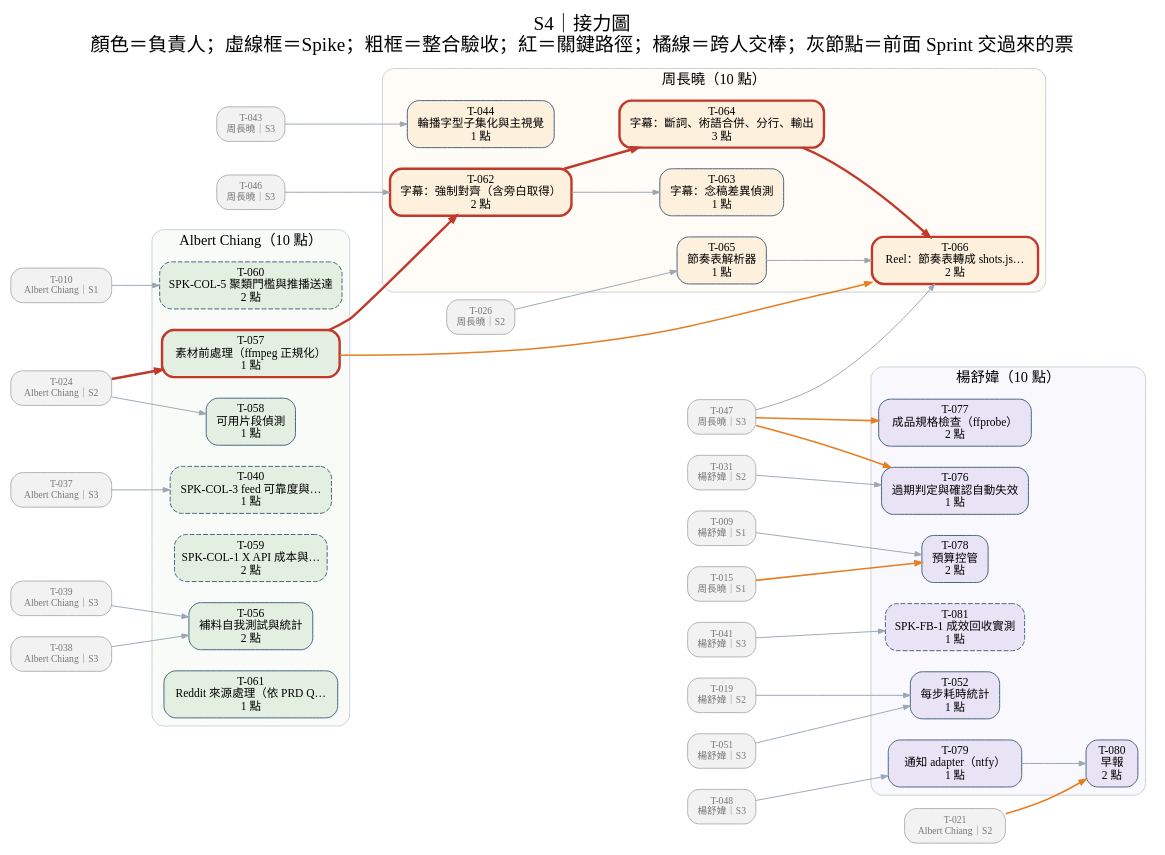
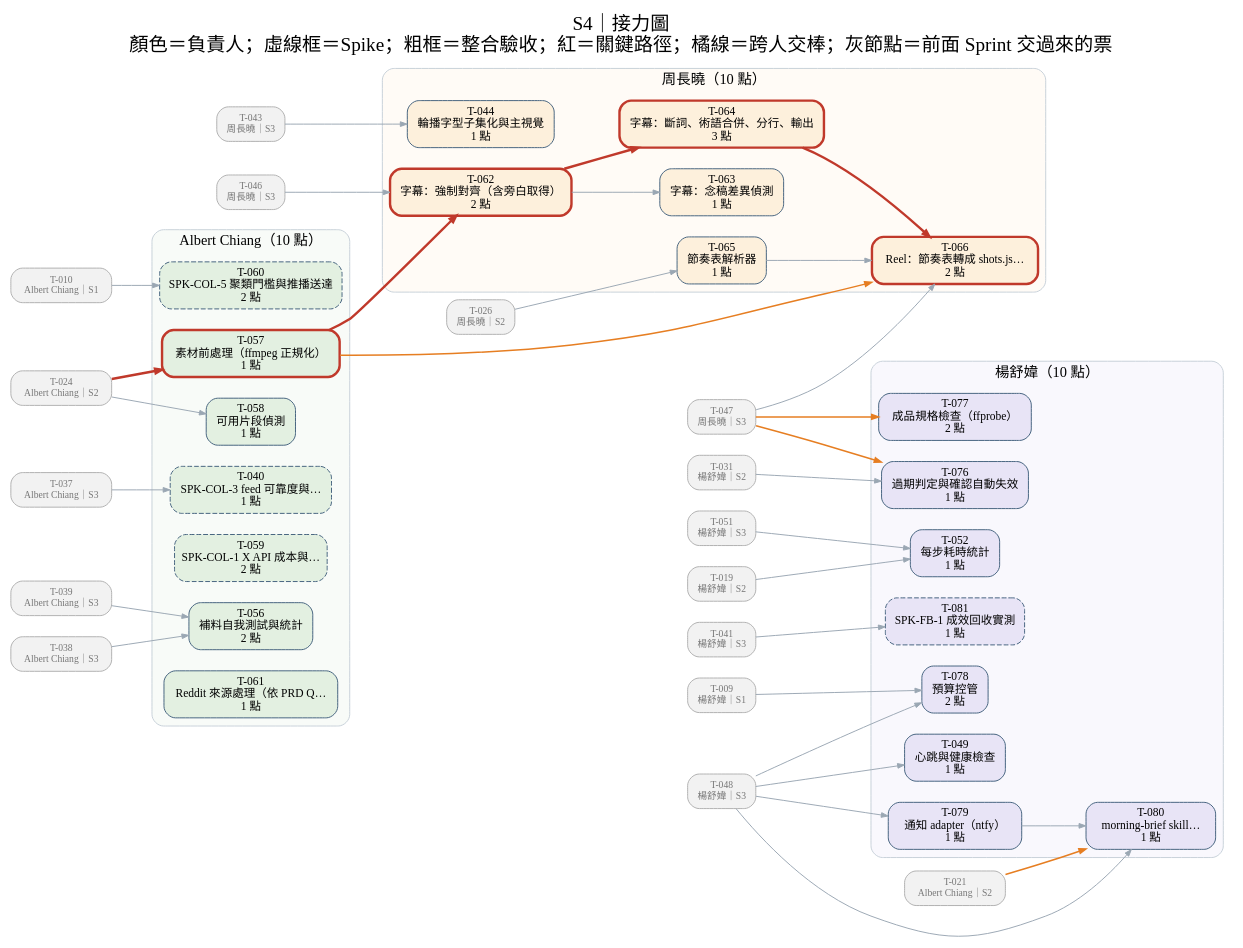
One commit to Zenobia000/AI_Media_Studio_content_pipe changed the diagram in docs/diagrams/dag-S4.dot. Above: the diagram before and after it, drawn with Graphviz. The commit also changed 81 other files, not shown here.

First line of the commit message:
docs: switch orchestration to skills + agent and redraw diagrams (#5)

```diff
--- a/docs/diagrams/dag-S4.dot
+++ b/docs/diagrams/dag-S4.dot
@@ -1,133 +1,136 @@
 digraph S {
 graph [rankdir=LR, bgcolor="white", fontname="Microsoft JhengHei", fontsize=20, labelloc=t, nodesep=0.3, ranksep=0.7, label="S4｜接力圖
 顏色＝負責人；虛線框＝Spike；粗框＝整合驗收；紅＝關鍵路徑；橘線＝跨人交棒；灰節點＝前面 Sprint 交過來的票"];
 node [shape=box, style="rounded,filled", fontname="Microsoft JhengHei", fontsize=12, color="#42617d", margin="0.14,0.07"];
 edge [color="#9aa7b3", arrowsize=0.7];
 subgraph "cluster_Albert Chiang" { label="Albert Chiang（10 點）"; style="rounded,filled"; fillcolor="#e3f0e140"; color="#c7d0d9"; fontsize=15;
 "T-040" [label="T-040
 SPK-COL-3 feed 可靠度與…
 1 點", fillcolor="#e3f0e1", style="rounded,filled,dashed"];
 "T-056" [label="T-056
 補料自我測試與統計
 2 點", fillcolor="#e3f0e1", style="rounded,filled"];
 "T-057" [label="T-057
 素材前處理（ffmpeg 正規化）
 1 點", fillcolor="#e3f0e1", style="rounded,filled", penwidth=2.5, color="#c0392b"];
 "T-058" [label="T-058
 可用片段偵測
 1 點", fillcolor="#e3f0e1", style="rounded,filled"];
 "T-059" [label="T-059
 SPK-COL-1 X API 成本與…
 2 點", fillcolor="#e3f0e1", style="rounded,filled,dashed"];
 "T-060" [label="T-060
 SPK-COL-5 聚類門檻與推播送達
 2 點", fillcolor="#e3f0e1", style="rounded,filled,dashed"];
 "T-061" [label="T-061
 Reddit 來源處理（依 PRD Q…
 1 點", fillcolor="#e3f0e1", style="rounded,filled"];
 }
 subgraph "cluster_周長曉" { label="周長曉（10 點）"; style="rounded,filled"; fillcolor="#fdf0dc40"; color="#c7d0d9"; fontsize=15;
 "T-044" [label="T-044
 輪播字型子集化與主視覺
 1 點", fillcolor="#fdf0dc", style="rounded,filled"];
 "T-062" [label="T-062
 字幕：強制對齊（含旁白取得）
 2 點", fillcolor="#fdf0dc", style="rounded,filled", penwidth=2.5, color="#c0392b"];
 "T-063" [label="T-063
 字幕：念稿差異偵測
 1 點", fillcolor="#fdf0dc", style="rounded,filled"];
 "T-064" [label="T-064
 字幕：斷詞、術語合併、分行、輸出
 3 點", fillcolor="#fdf0dc", style="rounded,filled", penwidth=2.5, color="#c0392b"];
 "T-065" [label="T-065
 節奏表解析器
 1 點", fillcolor="#fdf0dc", style="rounded,filled"];
 "T-066" [label="T-066
 Reel：節奏表轉成 shots.js…
 2 點", fillcolor="#fdf0dc", style="rounded,filled", penwidth=2.5, color="#c0392b"];
 }
 subgraph "cluster_楊舒媁" { label="楊舒媁（10 點）"; style="rounded,filled"; fillcolor="#e8e4f640"; color="#c7d0d9"; fontsize=15;
+"T-049" [label="T-049
+心跳與健康檢查
+1 點", fillcolor="#e8e4f6", style="rounded,filled"];
 "T-052" [label="T-052
 每步耗時統計
 1 點", fillcolor="#e8e4f6", style="rounded,filled"];
 "T-076" [label="T-076
 過期判定與確認自動失效
 1 點", fillcolor="#e8e4f6", style="rounded,filled"];
 "T-077" [label="T-077
 成品規格檢查（ffprobe）
 2 點", fillcolor="#e8e4f6", style="rounded,filled"];
 "T-078" [label="T-078
 預算控管
 2 點", fillcolor="#e8e4f6", style="rounded,filled"];
 "T-079" [label="T-079
 通知 adapter（ntfy）
 1 點", fillcolor="#e8e4f6", style="rounded,filled"];
 "T-080" [label="T-080
-早報
-2 點", fillcolor="#e8e4f6", style="rounded,filled"];
+morning-brief skill…
+1 點", fillcolor="#e8e4f6", style="rounded,filled"];
 "T-081" [label="T-081
 SPK-FB-1 成效回收實測
 1 點", fillcolor="#e8e4f6", style="rounded,filled,dashed"];
 }
 "T-009" [label="T-009
 楊舒媁｜S1", fillcolor="#f2f2f2", color="#b0b0b0", fontcolor="#777777", fontsize=10];
 "T-010" [label="T-010
 Albert Chiang｜S1", fillcolor="#f2f2f2", color="#b0b0b0", fontcolor="#777777", fontsize=10];
-"T-015" [label="T-015
-周長曉｜S1", fillcolor="#f2f2f2", color="#b0b0b0", fontcolor="#777777", fontsize=10];
 "T-019" [label="T-019
 楊舒媁｜S2", fillcolor="#f2f2f2", color="#b0b0b0", fontcolor="#777777", fontsize=10];
 "T-021" [label="T-021
 Albert Chiang｜S2", fillcolor="#f2f2f2", color="#b0b0b0", fontcolor="#777777", fontsize=10];
 "T-024" [label="T-024
 Albert Chiang｜S2", fillcolor="#f2f2f2", color="#b0b0b0", fontcolor="#777777", fontsize=10];
 "T-026" [label="T-026
 周長曉｜S2", fillcolor="#f2f2f2", color="#b0b0b0", fontcolor="#777777", fontsize=10];
 "T-031" [label="T-031
 楊舒媁｜S2", fillcolor="#f2f2f2", color="#b0b0b0", fontcolor="#777777", fontsize=10];
 "T-037" [label="T-037
 Albert Chiang｜S3", fillcolor="#f2f2f2", color="#b0b0b0", fontcolor="#777777", fontsize=10];
 "T-038" [label="T-038
 Albert Chiang｜S3", fillcolor="#f2f2f2", color="#b0b0b0", fontcolor="#777777", fontsize=10];
 "T-039" [label="T-039
 Albert Chiang｜S3", fillcolor="#f2f2f2", color="#b0b0b0", fontcolor="#777777", fontsize=10];
 "T-041" [label="T-041
 楊舒媁｜S3", fillcolor="#f2f2f2", color="#b0b0b0", fontcolor="#777777", fontsize=10];
 "T-043" [label="T-043
 周長曉｜S3", fillcolor="#f2f2f2", color="#b0b0b0", fontcolor="#777777", fontsize=10];
 "T-046" [label="T-046
 周長曉｜S3", fillcolor="#f2f2f2", color="#b0b0b0", fontcolor="#777777", fontsize=10];
 "T-047" [label="T-047
 周長曉｜S3", fillcolor="#f2f2f2", color="#b0b0b0", fontcolor="#777777", fontsize=10];
 "T-048" [label="T-048
 楊舒媁｜S3", fillcolor="#f2f2f2", color="#b0b0b0", fontcolor="#777777", fontsize=10];
 "T-051" [label="T-051
 楊舒媁｜S3", fillcolor="#f2f2f2", color="#b0b0b0", fontcolor="#777777", fontsize=10];
 "T-037" -> "T-040";
 "T-043" -> "T-044";
+"T-048" -> "T-049";
 "T-051" -> "T-052";
 "T-019" -> "T-052";
 "T-038" -> "T-056";
 "T-039" -> "T-056";
 "T-024" -> "T-057" [color="#c0392b", penwidth=2.5];
 "T-024" -> "T-058";
 "T-010" -> "T-060";
 "T-046" -> "T-062";
 "T-057" -> "T-062" [color="#c0392b", penwidth=2.5];
 "T-062" -> "T-063";
 "T-062" -> "T-064" [color="#c0392b", penwidth=2.5];
 "T-026" -> "T-065";
 "T-064" -> "T-066" [color="#c0392b", penwidth=2.5];
 "T-065" -> "T-066";
 "T-047" -> "T-066";
 "T-057" -> "T-066" [color="#e67e22", penwidth=1.6];
 "T-047" -> "T-076" [color="#e67e22", penwidth=1.6];
 "T-031" -> "T-076";
 "T-047" -> "T-077" [color="#e67e22", penwidth=1.6];
 "T-009" -> "T-078";
-"T-015" -> "T-078" [color="#e67e22", penwidth=1.6];
+"T-048" -> "T-078";
 "T-048" -> "T-079";
 "T-079" -> "T-080";
 "T-021" -> "T-080" [color="#e67e22", penwidth=1.6];
+"T-048" -> "T-080";
 "T-041" -> "T-081";
 }
```
